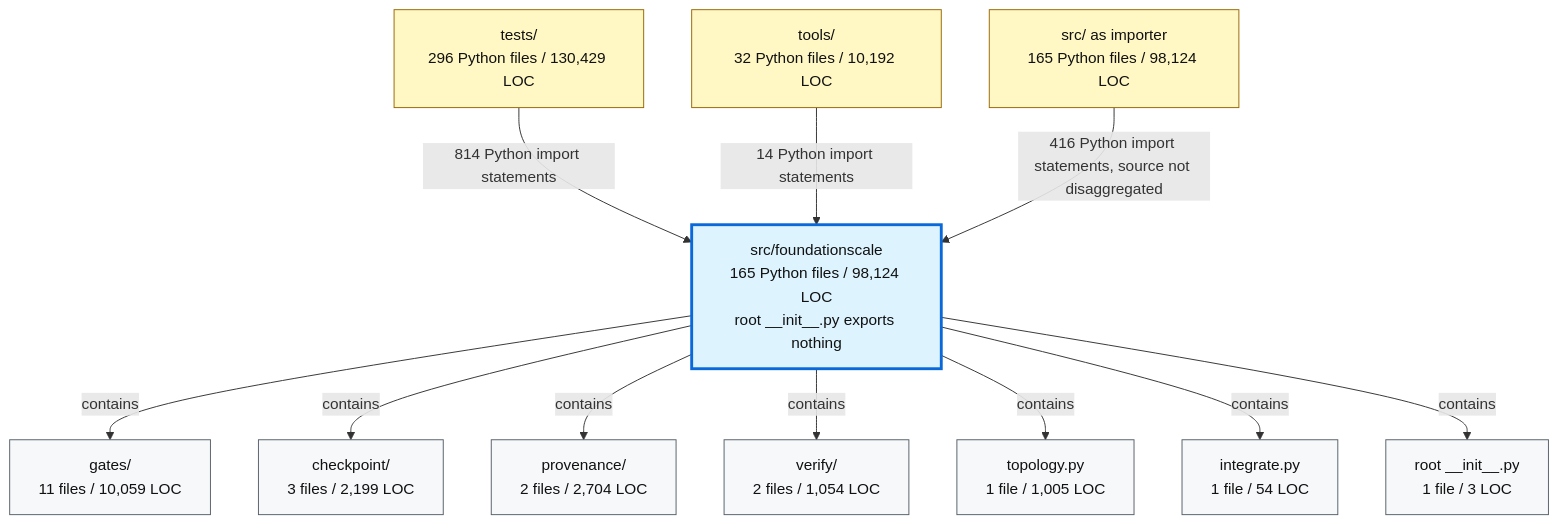
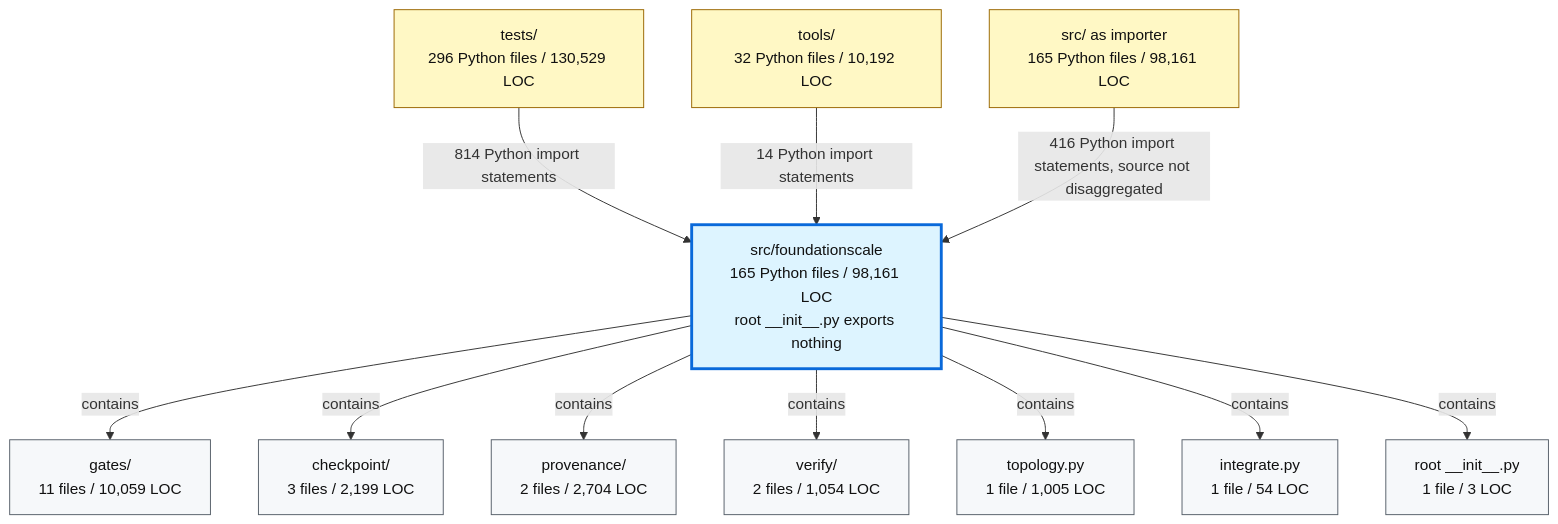
Before and after one commit to TranNhiem/FoundationScale: the second of 2 diagrams in docs/review/D2_current_architecture.md, drawn with Mermaid. The commit also changed other lines of this file and 10 other files, not shown here.

````diff
--- a/docs/review/D2_current_architecture.md
+++ b/docs/review/D2_current_architecture.md
@@ -97,36 +97,36 @@
 ```mermaid
 flowchart TB
-  TESTS["tests/<br/>296 Python files / 130,429 LOC"]
+  TESTS["tests/<br/>296 Python files / 130,529 LOC"]
   TOOLS["tools/<br/>32 Python files / 10,192 LOC"]
-  SRC["src/ as importer<br/>165 Python files / 98,124 LOC"]
+  SRC["src/ as importer<br/>165 Python files / 98,161 LOC"]
 
-  FS["src/foundationscale<br/>165 Python files / 98,124 LOC<br/>root __init__.py exports nothing"]
+  FS["src/foundationscale<br/>165 Python files / 98,161 LOC<br/>root __init__.py exports nothing"]
 
   GATES["gates/<br/>11 files / 10,059 LOC"]
   CKPT["checkpoint/<br/>3 files / 2,199 LOC"]
   PROV["provenance/<br/>2 files / 2,704 LOC"]
   VERIFY["verify/<br/>2 files / 1,054 LOC"]
   TOPO["topology.py<br/>1 file / 1,005 LOC"]
   INTEG["integrate.py<br/>1 file / 54 LOC"]
   ROOT["root __init__.py<br/>1 file / 3 LOC"]
 
   TESTS -->|"814 Python import statements"| FS
   TOOLS -->|"14 Python import statements"| FS
   SRC -->|"416 Python import statements, source not disaggregated"| FS
 
   FS -->|"contains"| GATES
   FS -->|"contains"| CKPT
   FS -->|"contains"| PROV
   FS -->|"contains"| VERIFY
   FS -->|"contains"| TOPO
   FS -->|"contains"| INTEG
   FS -->|"contains"| ROOT
 
   classDef consumer fill:#fff8c5,stroke:#9a6700,color:#111;
   classDef package fill:#ddf4ff,stroke:#0969da,stroke-width:3px,color:#111;
   classDef module fill:#f6f8fa,stroke:#57606a,color:#111;
 
   class TESTS,TOOLS,SRC consumer;
   class FS package;
   class GATES,CKPT,PROV,VERIFY,TOPO,INTEG,ROOT module;
 ```
````
